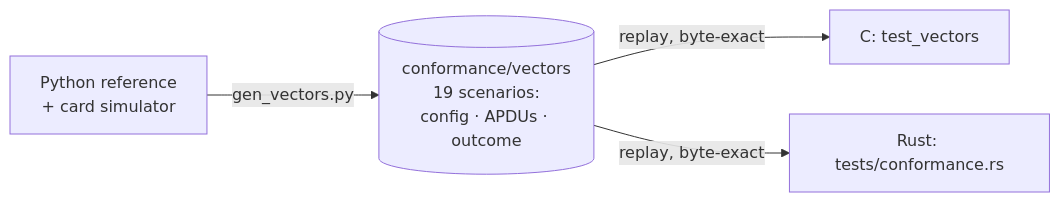
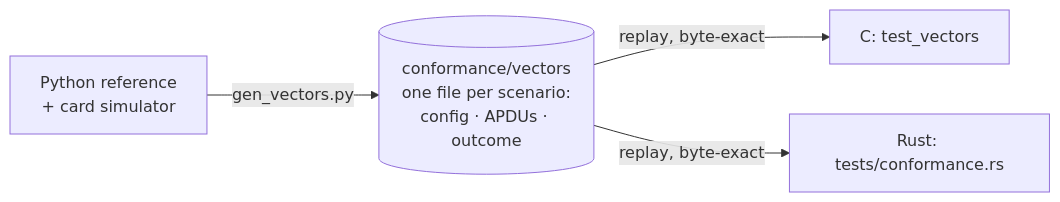
The ninth of 9 diagrams in README.md (xichuanxc/openpaykernel), drawn with Mermaid before and after one commit. The commit also changed other lines of this file and 43 other files, not shown here.

````diff
--- a/README.md
+++ b/README.md
@@ -875,6 +881,6 @@
 ```mermaid
 flowchart LR
-    PY["Python reference<br/>+ card simulator"] -- "gen_vectors.py" --> V[("conformance/vectors<br/>19 scenarios:<br/>config · APDUs · outcome")]
+    PY["Python reference<br/>+ card simulator"] -- "gen_vectors.py" --> V[("conformance/vectors<br/>one file per scenario:<br/>config · APDUs · outcome")]
     V -- "replay, byte-exact" --> C["C: test_vectors"]
     V -- "replay, byte-exact" --> R["Rust: tests/conformance.rs"]
 ```
````
